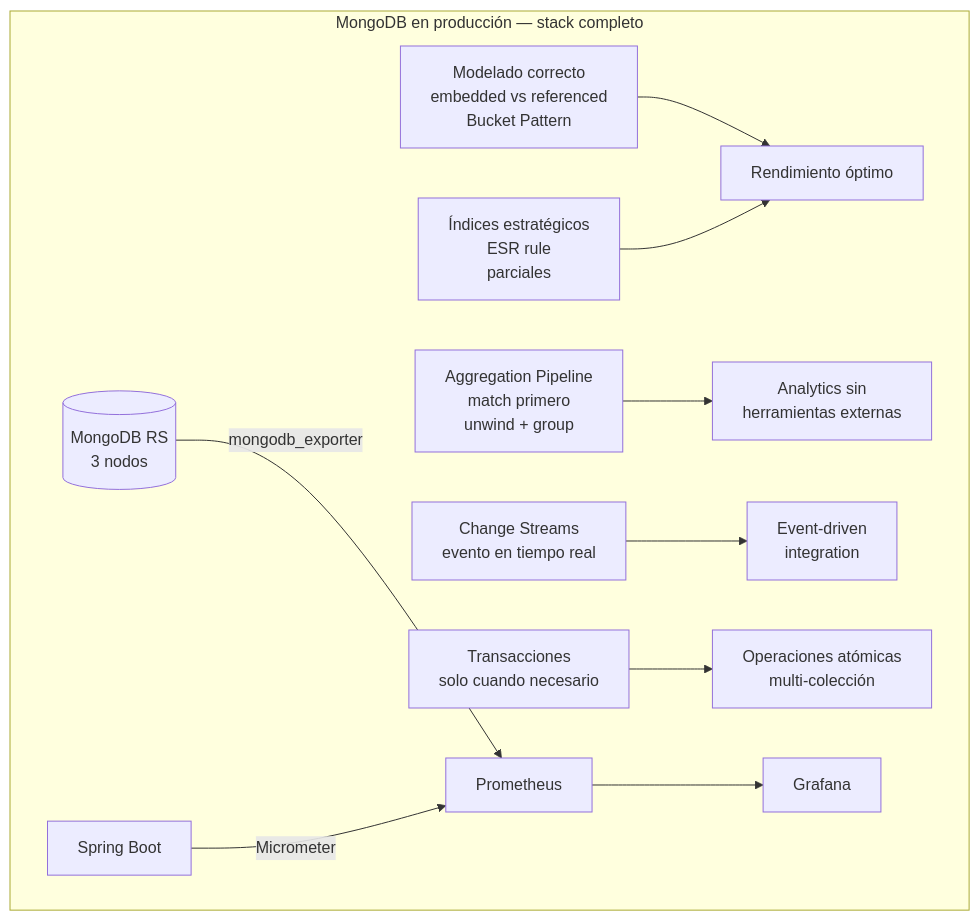
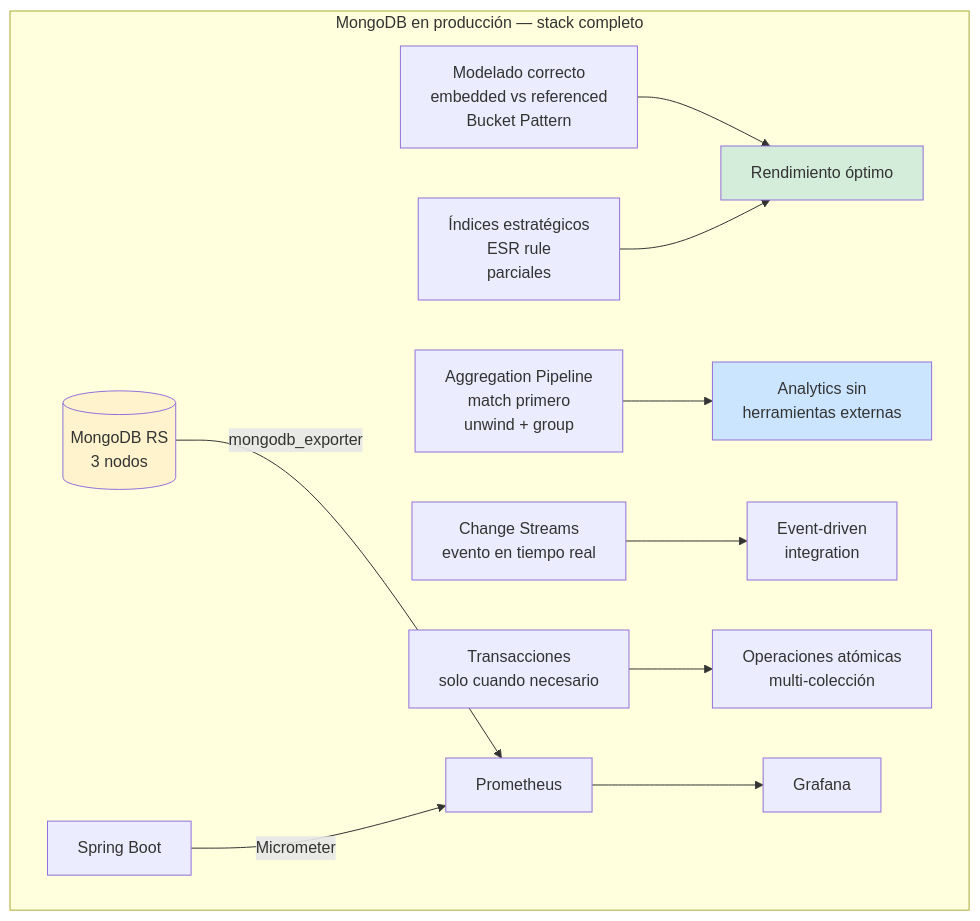
Before and after one commit to Joaquinriosheredia/DAM-Java-Mastery: the fifth of 5 diagrams in 04_Bases_de_Datos/mongodb_con_java_21_modelado_de_documentos_y_agregaciones_avanzadas_STAFF.md, drawn with Mermaid. The commit also changed other lines of this file, not shown here.

````diff
--- a/04_Bases_de_Datos/mongodb_con_java_21_modelado_de_documentos_y_agregaciones_avanzadas_STAFF.md
+++ b/04_Bases_de_Datos/mongodb_con_java_21_modelado_de_documentos_y_agregaciones_avanzadas_STAFF.md
@@ -704,20 +853,24 @@
 ```mermaid
 graph TD
     subgraph "MongoDB en producción — stack completo"
         MODEL[Modelado correcto\nembedded vs referenced\nBucket Pattern]
         INDEX[Índices estratégicos\nESR rule\nparciales]
         AGG_P[Aggregation Pipeline\nmatch primero\nunwind + group]
         CHANGE[Change Streams\nevento en tiempo real]
         TX[Transacciones\nsolo cuando necesario]
 
         MODEL --> PERF[Rendimiento óptimo]
         INDEX --> PERF
         AGG_P --> ANALYTICS[Analytics sin\nherramientas externas]
         CHANGE --> EVENTS[Event-driven\nintegration]
         TX --> ATOMIC[Operaciones atómicas\nmulti-colección]
 
         MONGO3[(MongoDB RS\n3 nodos)] -->|mongodb_exporter| PROM3[Prometheus]
         APP3[Spring Boot] -->|Micrometer| PROM3
         PROM3 --> GRAF3[Grafana]
     end
+    
+    style MONGO3 fill:#fff3cd
+    style PERF fill:#d4edda
+    style ANALYTICS fill:#cce5ff
 ```
````
